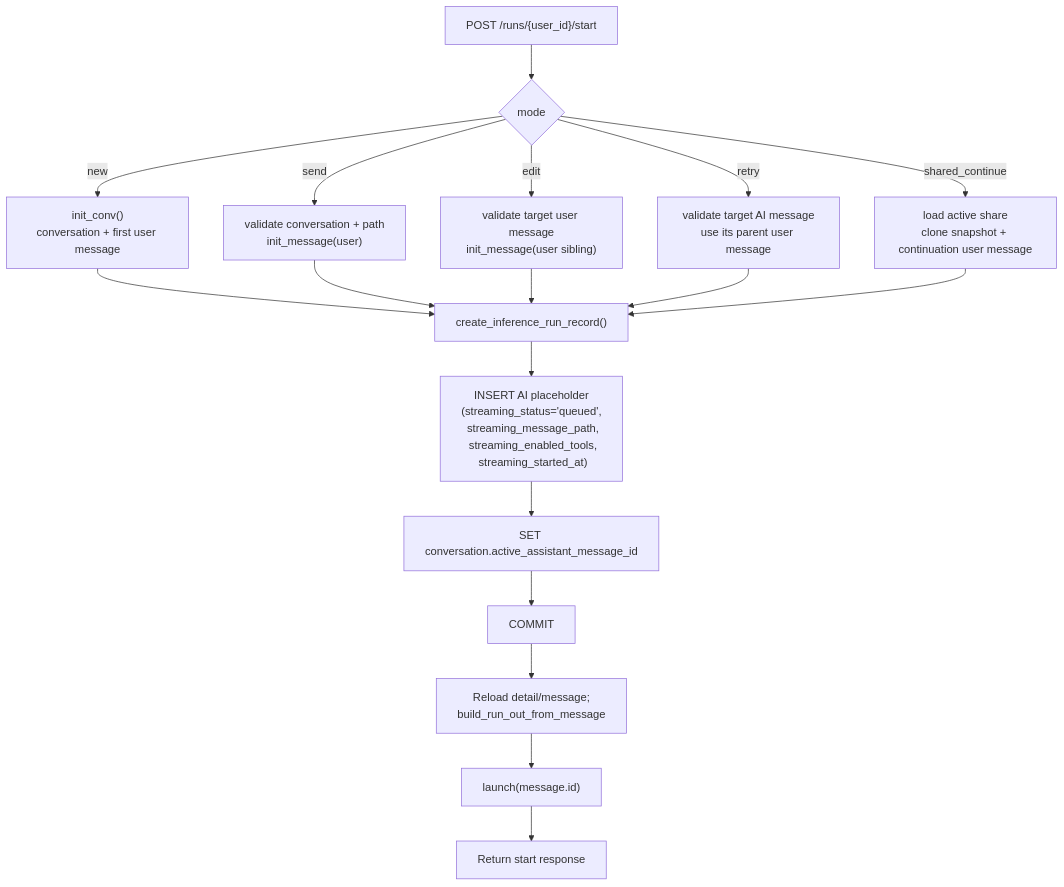
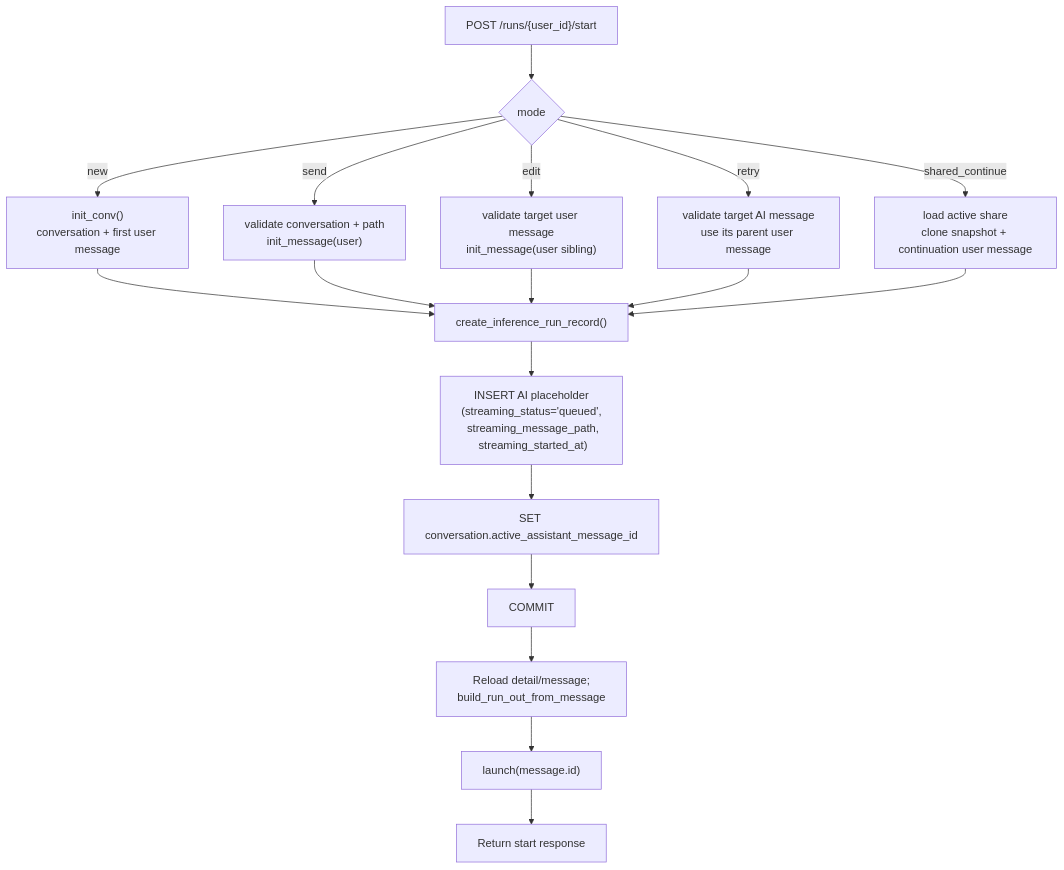
Before and after one commit to konstantinosmpouros/mAgenticX: the fourth of 9 diagrams in docs/flows/inference-streaming.md, drawn with Mermaid. The commit also changed other lines of this file and 53 other files, not shown here.

Commit message:
feat(tools): per-agent tool model — retire global enabledTools, add MCP catalog picker

````diff
--- a/docs/flows/inference-streaming.md
+++ b/docs/flows/inference-streaming.md
@@ -238,16 +238,16 @@
 ```mermaid
 flowchart TD
     A["POST /runs/{user_id}/start"] --> B{mode}
     B -->|"new"| C["init_conv()\nconversation + first user message"]
     B -->|"send"| D["validate conversation + path\ninit_message(user)"]
     B -->|"edit"| E["validate target user message\ninit_message(user sibling)"]
     B -->|"retry"| F["validate target AI message\nuse its parent user message"]
     B -->|"shared_continue"| G["load active share\nclone snapshot + continuation user message"]
     C & D & E & F & G --> H["create_inference_run_record()"]
-    H --> I["INSERT AI placeholder\n(streaming_status='queued',\n streaming_message_path,\n streaming_enabled_tools,\n streaming_started_at)"]
+    H --> I["INSERT AI placeholder\n(streaming_status='queued',\n streaming_message_path,\n streaming_started_at)"]
     I --> K["SET conversation.active_assistant_message_id"]
     K --> L["COMMIT"]
     L --> M["Reload detail/message;\nbuild_run_out_from_message"]
     M --> N["launch(message.id)"]
     N --> O["Return start response"]
 ```
````
